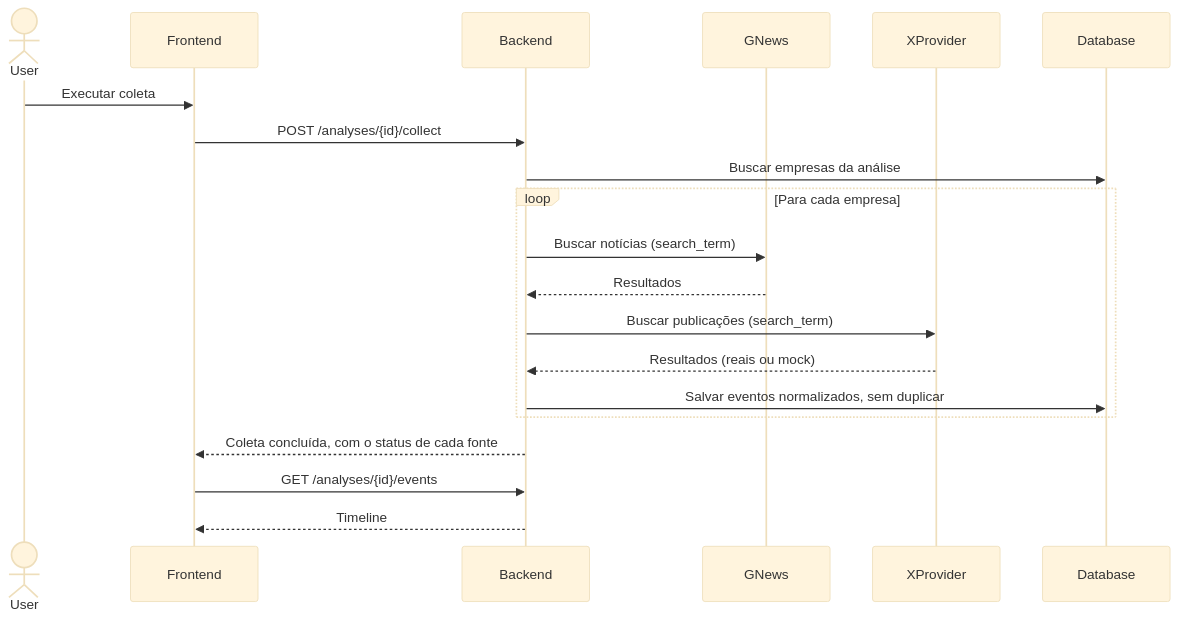
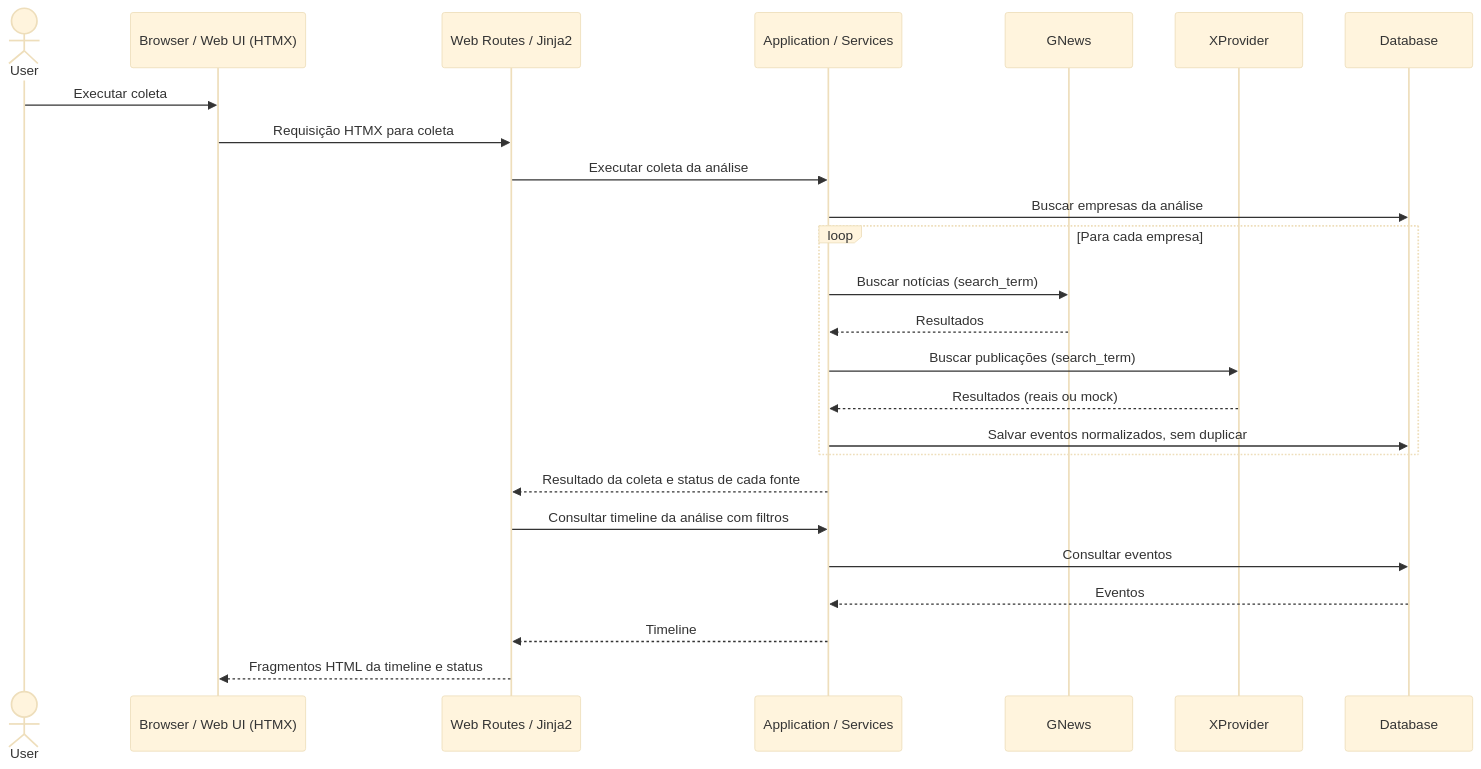
Before and after one commit to bisb-inc/bisb: the fourth of 4 diagrams in docs/arquitetura.md, drawn with Mermaid (base theme). The commit also changed other lines of this file and 35 other files, not shown here.

````diff
--- a/docs/arquitetura.md
+++ b/docs/arquitetura.md
@@ -149,23 +197,28 @@
 ```mermaid
 sequenceDiagram
     actor User
-    participant Frontend
-    participant Backend
+    participant Browser as Browser / Web UI (HTMX)
+    participant Web as Web Routes / Jinja2
+    participant Services as Application / Services
     participant GNews
     participant XProvider
     participant Database
 
-    User->>Frontend: Executar coleta
-    Frontend->>Backend: POST /analyses/{id}/collect
-    Backend->>Database: Buscar empresas da análise
+    User->>Browser: Executar coleta
+    Browser->>Web: Requisição HTMX para coleta
+    Web->>Services: Executar coleta da análise
+    Services->>Database: Buscar empresas da análise
     loop Para cada empresa
-        Backend->>GNews: Buscar notícias (search_term)
-        GNews-->>Backend: Resultados
-        Backend->>XProvider: Buscar publicações (search_term)
-        XProvider-->>Backend: Resultados (reais ou mock)
-        Backend->>Database: Salvar eventos normalizados, sem duplicar
+        Services->>GNews: Buscar notícias (search_term)
+        GNews-->>Services: Resultados
+        Services->>XProvider: Buscar publicações (search_term)
+        XProvider-->>Services: Resultados (reais ou mock)
+        Services->>Database: Salvar eventos normalizados, sem duplicar
     end
-    Backend-->>Frontend: Coleta concluída, com o status de cada fonte
-    Frontend->>Backend: GET /analyses/{id}/events
-    Backend-->>Frontend: Timeline
+    Services-->>Web: Resultado da coleta e status de cada fonte
+    Web->>Services: Consultar timeline da análise com filtros
+    Services->>Database: Consultar eventos
+    Database-->>Services: Eventos
+    Services-->>Web: Timeline
+    Web-->>Browser: Fragmentos HTML da timeline e status
 ```
````
